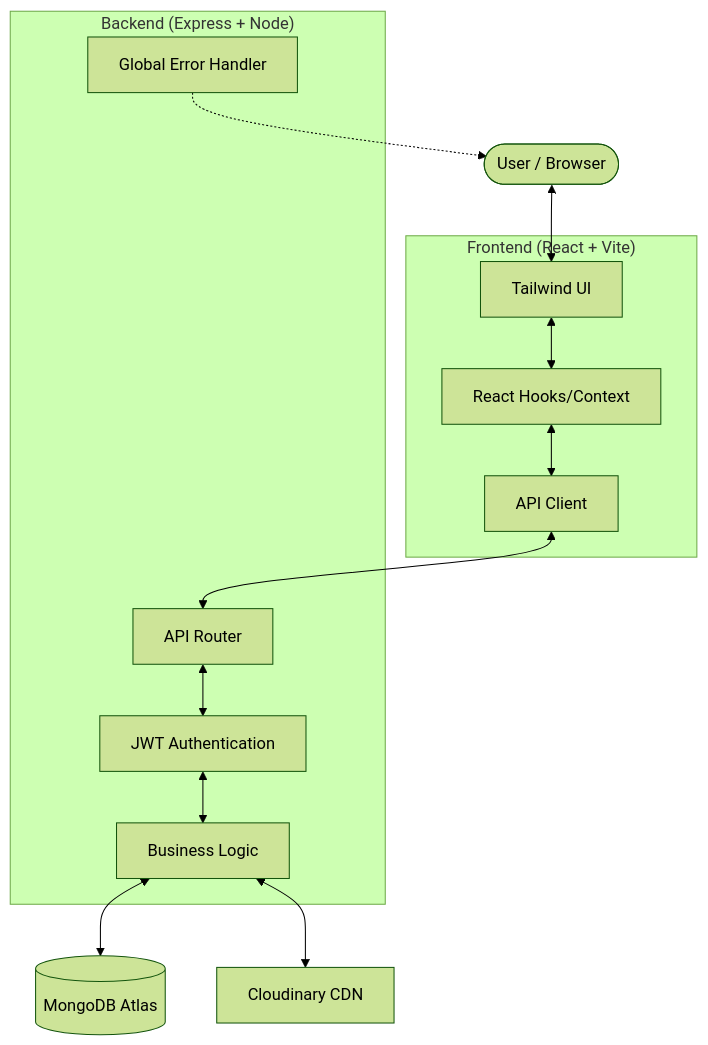
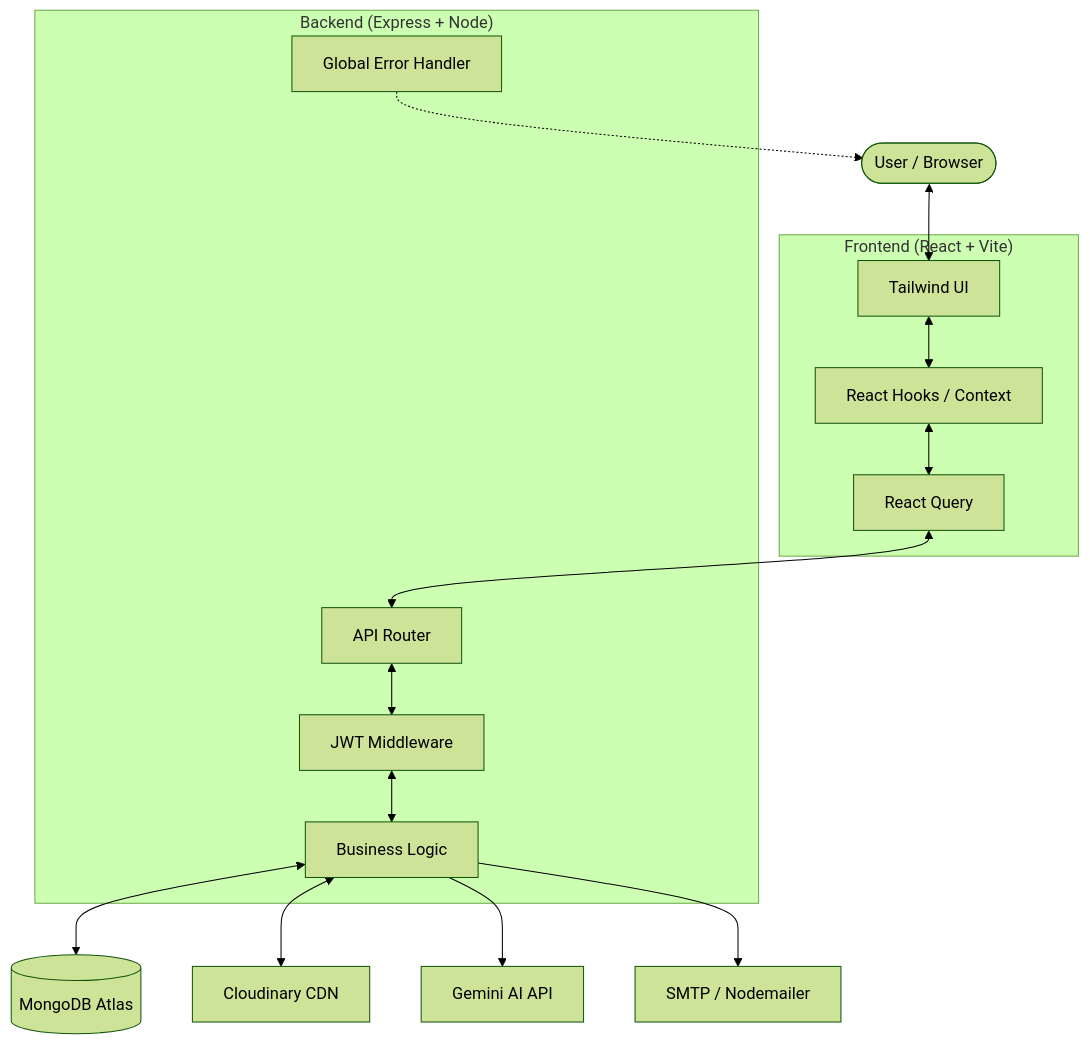
One commit to RanaVinit/novus changed the first of 3 diagrams in README.md. Above: the diagram before and after it, drawn with Mermaid (forest theme). The commit also changed other lines of this file and 2 other files, not shown here.

Commit message:
docs: update README with AI features, mail service, API table, and env setup

````diff
--- a/README.md
+++ b/README.md
@@ -15,27 +20,31 @@
 ```mermaid
 graph TD
     User([User / Browser])
     subgraph "Frontend (React + Vite)"
         UI[Tailwind UI]
-        State[React Hooks/Context]
-        Axios[API Client]
+        State[React Hooks / Context]
+        RQ[React Query]
     end
     subgraph "Backend (Express + Node)"
         Router[API Router]
-        Auth[JWT Authentication]
+        Auth[JWT Middleware]
         Controllers[Business Logic]
         Error[Global Error Handler]
     end
+    Gemini[Gemini AI API]
     Cloudinary[Cloudinary CDN]
+    Mail[SMTP / Nodemailer]
     DB[(MongoDB Atlas)]
 
     User <--> UI
     UI <--> State
-    State <--> Axios
-    Axios <--> Router
+    State <--> RQ
+    RQ <--> Router
     Router <--> Auth
     Auth <--> Controllers
     Controllers <--> DB
     Controllers <--> Cloudinary
+    Controllers --> Gemini
+    Controllers --> Mail
     Error -.-> User
 ```
````
